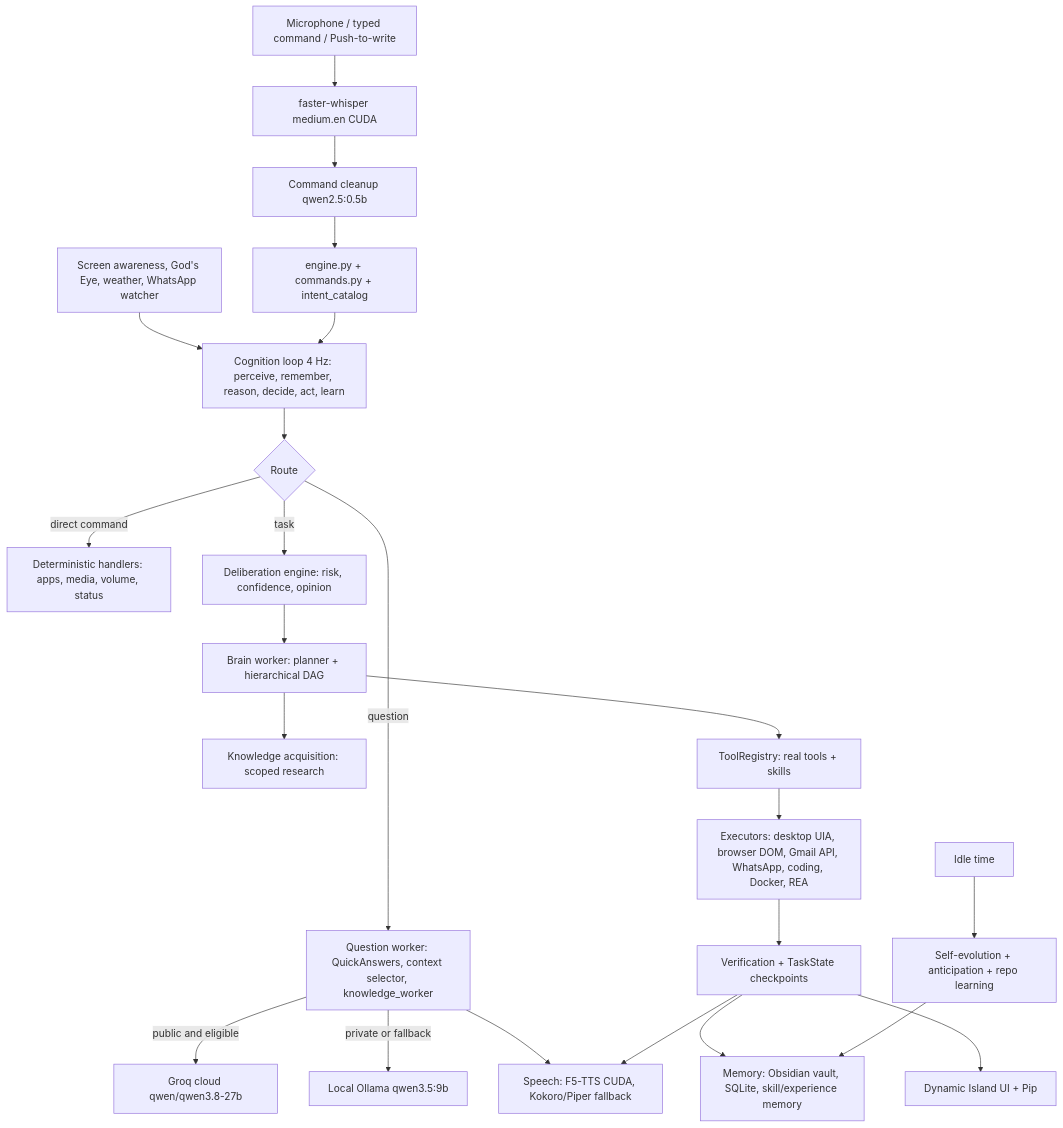
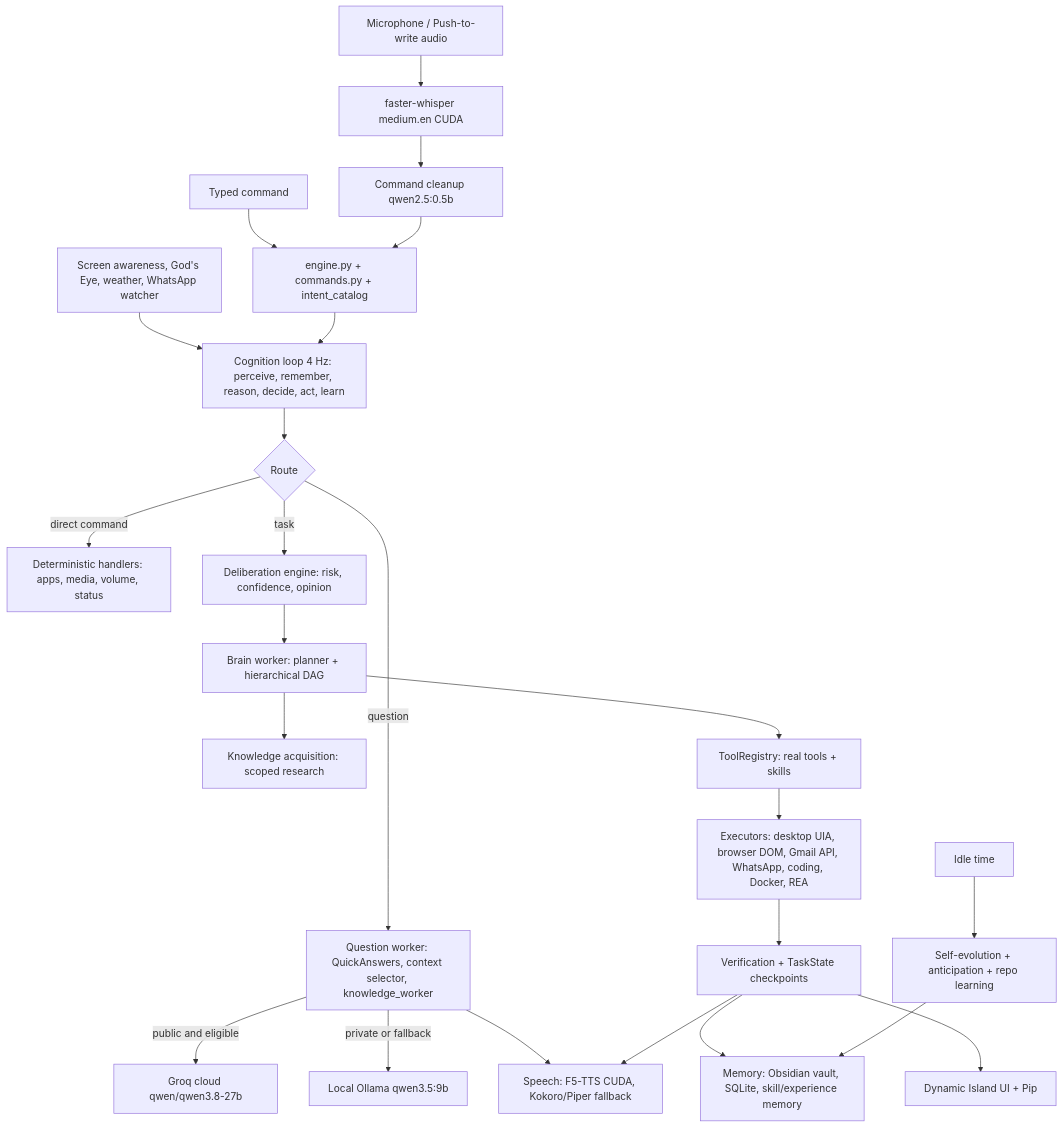
The first of 2 diagrams in app/docs/system-map.md (kunalvaghani/Jarvis), drawn with Mermaid before and after one commit. The commit also changed other lines of this file and 122 other files, not shown here.

````diff
--- a/app/docs/system-map.md
+++ b/app/docs/system-map.md
@@ -25,25 +48,26 @@
 ```mermaid
 flowchart TD
-    Mic[Microphone / typed command / Push-to-write] --> STT[faster-whisper medium.en CUDA]
+    Mic[Microphone / Push-to-write audio] --> STT[faster-whisper medium.en CUDA]
+    Typed[Typed command] --> Engine
     STT --> Clean[Command cleanup qwen2.5:0.5b]
     Clean --> Engine[engine.py + commands.py + intent_catalog]
     Sensors[Screen awareness, God's Eye, weather, WhatsApp watcher] --> Cog
     Engine --> Cog[Cognition loop 4 Hz: perceive, remember, reason, decide, act, learn]
     Cog --> Router{Route}
     Router -->|direct command| Reflex[Deterministic handlers: apps, media, volume, status]
     Router -->|question| QW[Question worker: QuickAnswers, context selector, knowledge_worker]
     Router -->|task| Delib[Deliberation engine: risk, confidence, opinion]
     QW -->|public and eligible| Groq[Groq cloud qwen/qwen3.8-27b]
     QW -->|private or fallback| Local[Local Ollama qwen3.5:9b]
     Delib --> Brain[Brain worker: planner + hierarchical DAG]
     Brain --> Learn[Knowledge acquisition: scoped research]
     Brain --> Reg[ToolRegistry: real tools + skills]
     Reg --> Exec[Executors: desktop UIA, browser DOM, Gmail API, WhatsApp, coding, Docker, REA]
     Exec --> Verify[Verification + TaskState checkpoints]
     Verify --> Mem[Memory: Obsidian vault, SQLite, skill/experience memory]
     Verify --> UI[Dynamic Island UI + Pip]
     QW --> Speech[Speech: F5-TTS CUDA, Kokoro/Piper fallback]
     Verify --> Speech
     Idle[Idle time] --> Evo[Self-evolution + anticipation + repo learning]
     Evo --> Mem
 ```
````
